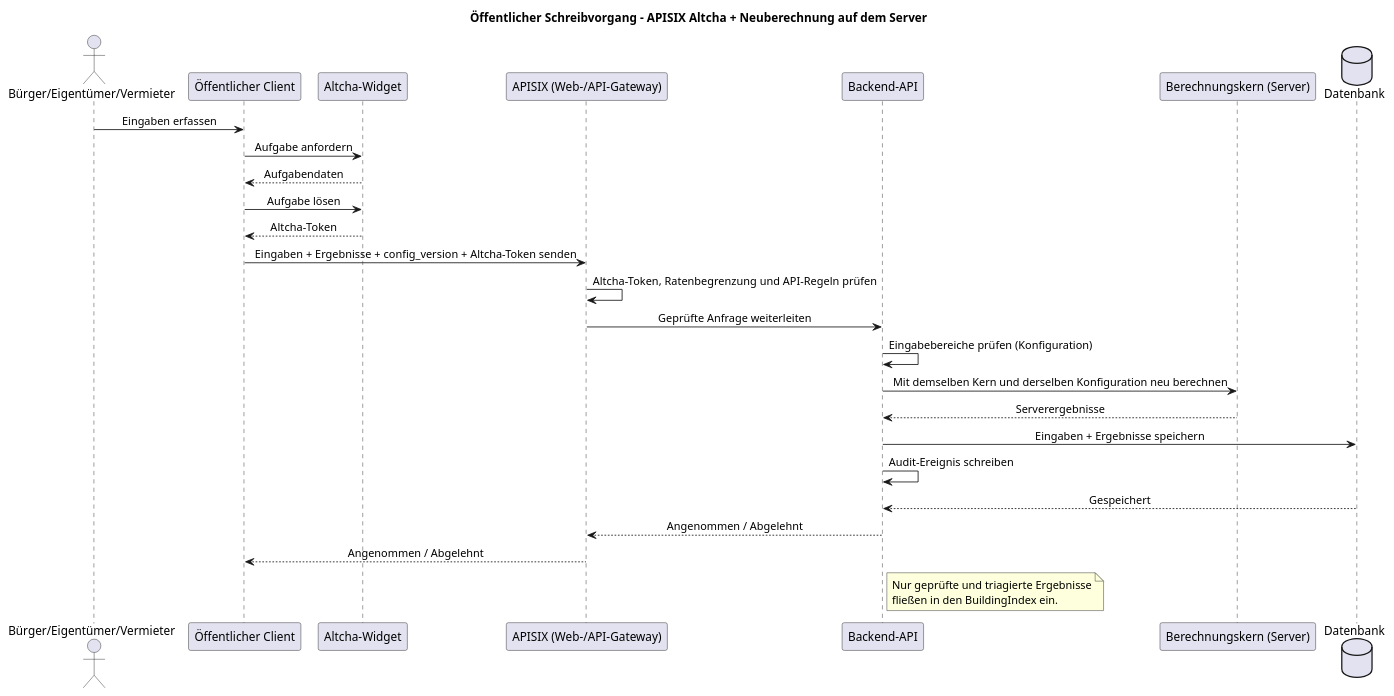
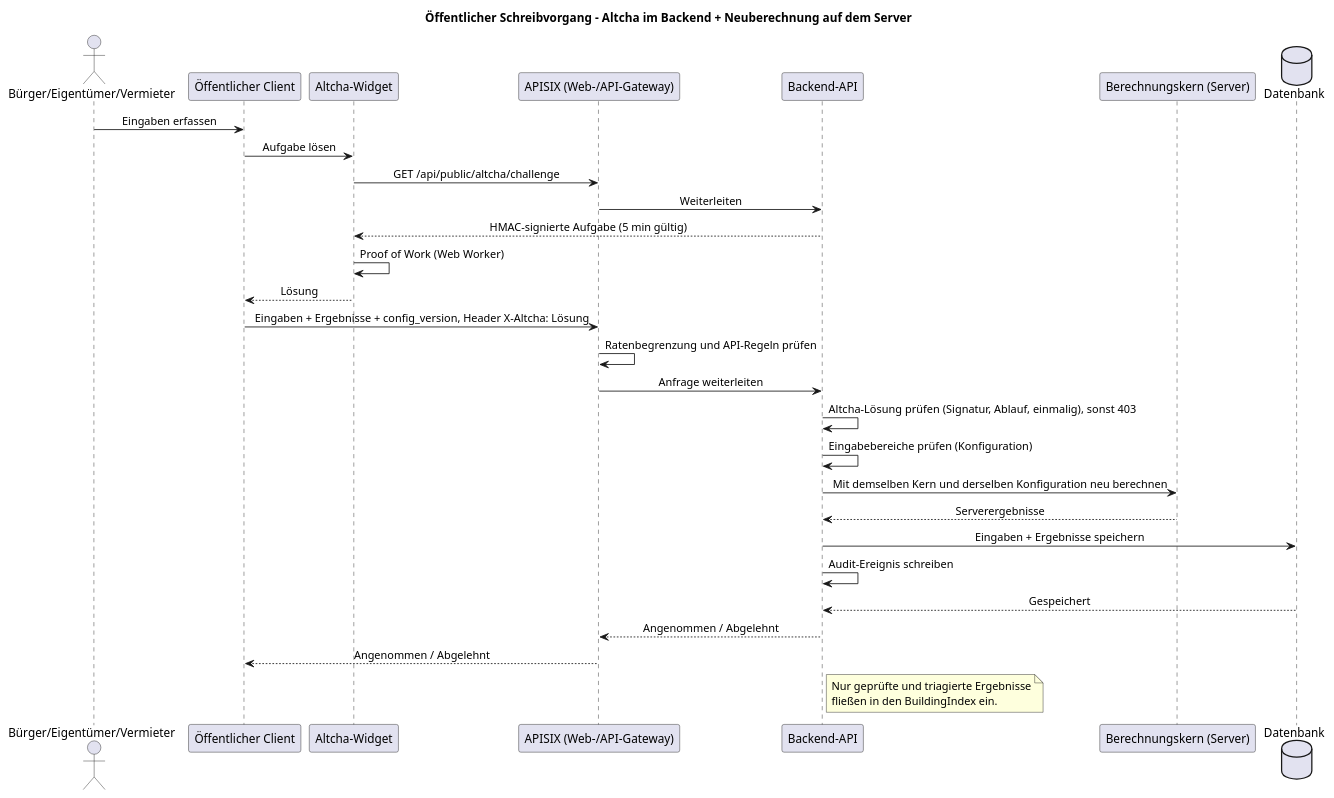
The diagram in apps/backend/docs/architecture/raw/public-write-flow.puml (csi-FOXBYTE/Regensburg_DigitalerEnergieZwilling_MonoRepo), drawn with PlantUML before and after one commit. The commit also changed 13 other files, not shown here.

Commit message:
docs: described the backend Altcha check of the public writes

```diff
--- a/apps/backend/docs/architecture/raw/public-write-flow.puml
+++ b/apps/backend/docs/architecture/raw/public-write-flow.puml
@@ -1,38 +1,41 @@
 @startuml
 skinparam sequenceMessageAlign center
 skinparam responseMessageBelowArrow true
 
-title Öffentlicher Schreibvorgang - APISIX Altcha + Neuberechnung auf dem Server
+title Öffentlicher Schreibvorgang - Altcha im Backend + Neuberechnung auf dem Server
 
 actor "Bürger/Eigentümer/Vermieter" as user
 participant "Öffentlicher Client" as client
 participant "Altcha-Widget" as altcha
 participant "APISIX (Web-/API-Gateway)" as gateway
 participant "Backend-API" as api
 participant "Berechnungskern (Server)" as calc
 database "Datenbank" as db
 
 user -> client: Eingaben erfassen
-client -> altcha: Aufgabe anfordern
-altcha --> client: Aufgabendaten
 client -> altcha: Aufgabe lösen
-altcha --> client: Altcha-Token
+altcha -> gateway: GET /api/public/altcha/challenge
+gateway -> api: Weiterleiten
+api --> altcha: HMAC-signierte Aufgabe (5 min gültig)
+altcha -> altcha: Proof of Work (Web Worker)
+altcha --> client: Lösung
 
-client -> gateway: Eingaben + Ergebnisse + config_version + Altcha-Token senden
-gateway -> gateway: Altcha-Token, Ratenbegrenzung und API-Regeln prüfen
-gateway -> api: Geprüfte Anfrage weiterleiten
+client -> gateway: Eingaben + Ergebnisse + config_version, Header X-Altcha: Lösung
+gateway -> gateway: Ratenbegrenzung und API-Regeln prüfen
+gateway -> api: Anfrage weiterleiten
+api -> api: Altcha-Lösung prüfen (Signatur, Ablauf, einmalig), sonst 403
 api -> api: Eingabebereiche prüfen (Konfiguration)
 api -> calc: Mit demselben Kern und derselben Konfiguration neu berechnen
 calc --> api: Serverergebnisse
 api -> db: Eingaben + Ergebnisse speichern
 api -> api: Audit-Ereignis schreiben
 db --> api: Gespeichert
 api --> gateway: Angenommen / Abgelehnt
 gateway --> client: Angenommen / Abgelehnt
 
 note right of api
 Nur geprüfte und triagierte Ergebnisse
 fließen in den BuildingIndex ein.
 end note
 
 @enduml
```
